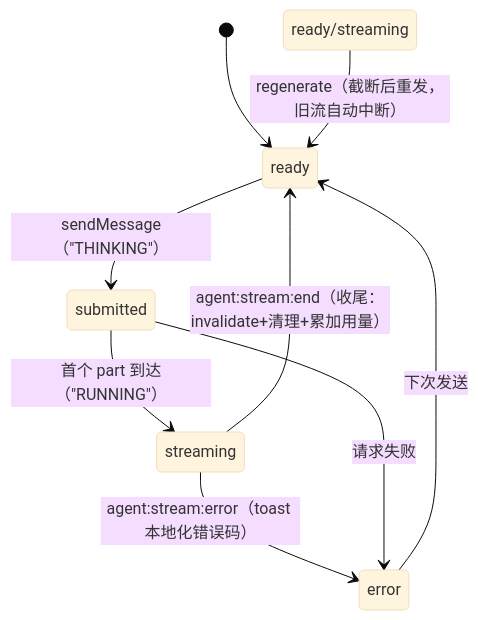
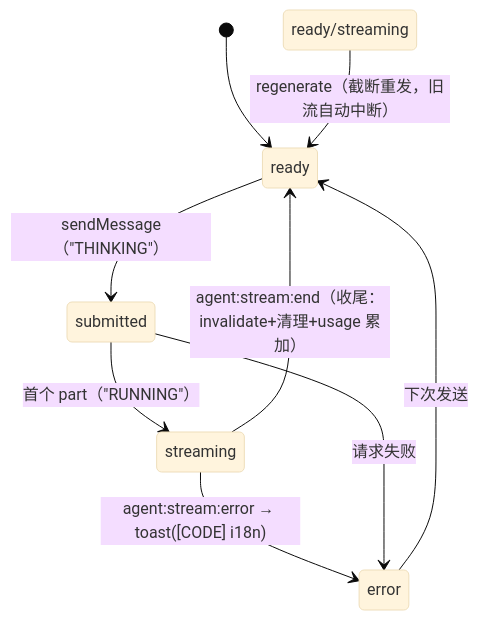
The second of 5 diagrams in docs/design/09-ux-interaction-spec.md (zlh12331/superagent), drawn with Mermaid (base theme) before and after one commit. The commit also changed other lines of this file, not shown here.

````diff
--- a/docs/design/09-ux-interaction-spec.md
+++ b/docs/design/09-ux-interaction-spec.md
@@ -227,11 +174,11 @@
 ```mermaid
 stateDiagram-v2
   [*] --> ready
   ready --> submitted: sendMessage（"THINKING"）
-  submitted --> streaming: 首个 part 到达（"RUNNING"）
-  streaming --> ready: agent:stream:end（收尾：invalidate+清理+累加用量）
-  streaming --> error: agent:stream:error（toast 本地化错误码）
+  submitted --> streaming: 首个 part（"RUNNING"）
+  streaming --> ready: agent:stream:end（收尾：invalidate+清理+usage 累加）
+  streaming --> error: agent:stream:error → toast([CODE] i18n)
   submitted --> error: 请求失败
   error --> ready: 下次发送
-  ready/streaming --> ready: regenerate（截断后重发，旧流自动中断）
+  ready/streaming --> ready: regenerate（截断重发，旧流自动中断）
 ```
````
